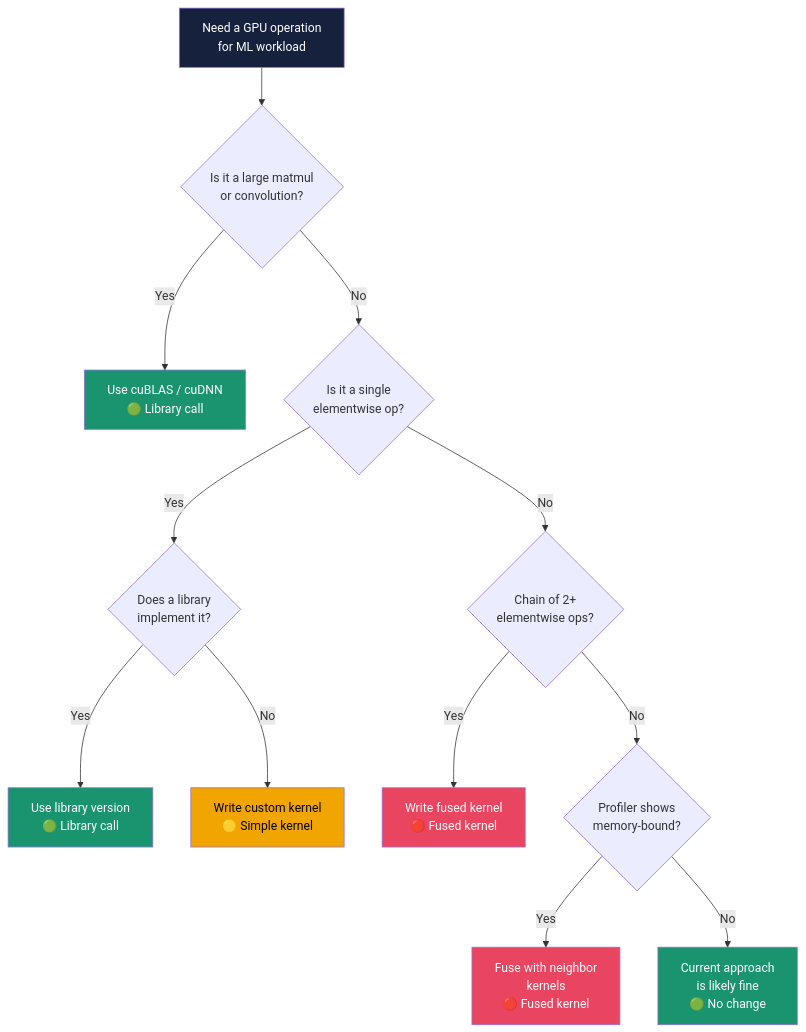
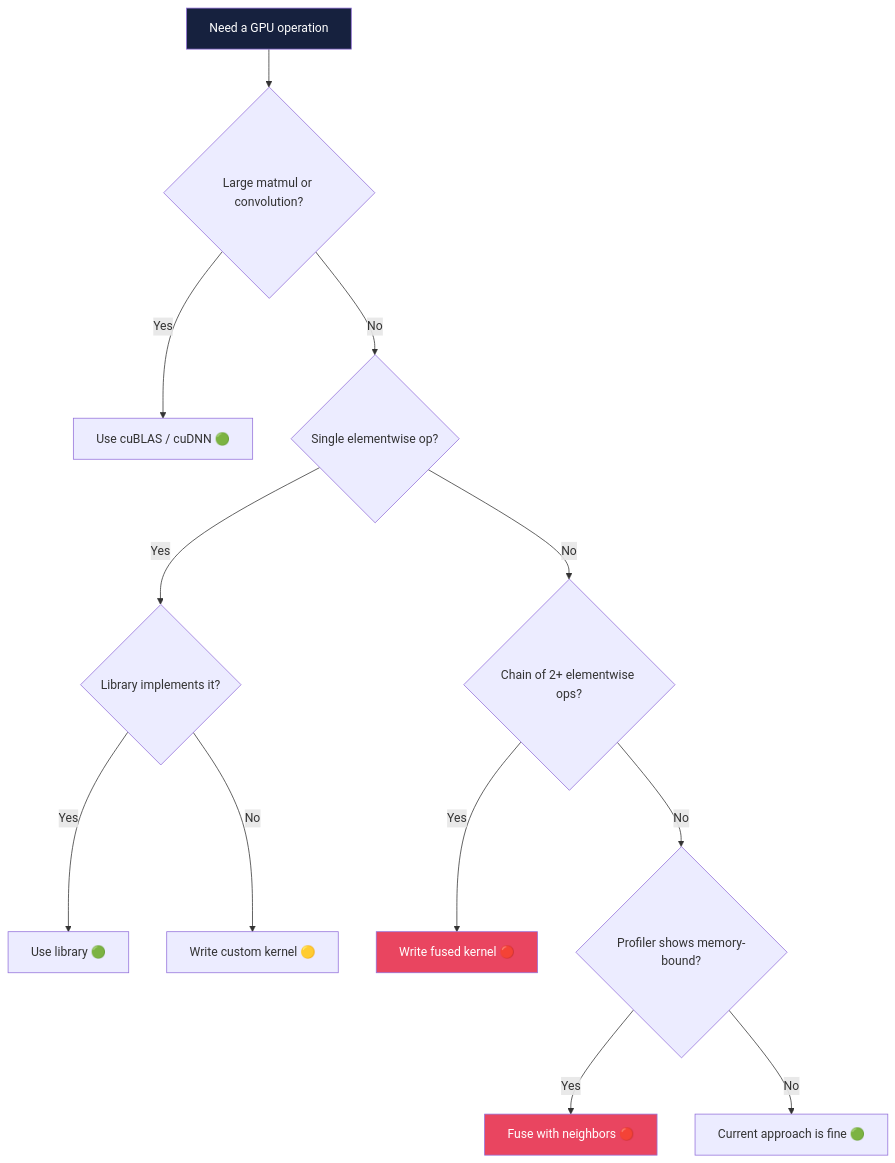
The second of 2 diagrams in Part-08-CUDA-AI-ML/66_Custom_CUDA_Kernels_ML.md (dkkh87/CPP-CUDA-Mastery), drawn with Mermaid before and after one commit. The commit also changed other lines of this file, not shown here.

First line of the commit message:
Add Chapter 66: Writing Custom CUDA Kernels for ML

````diff
--- a/Part-08-CUDA-AI-ML/66_Custom_CUDA_Kernels_ML.md
+++ b/Part-08-CUDA-AI-ML/66_Custom_CUDA_Kernels_ML.md
@@ -96,22 +80,17 @@
 ```mermaid
 flowchart TD
-    A["Need a GPU operation<br/>for ML workload"] --> B{"Is it a large matmul<br/>or convolution?"}
-    B -->|Yes| C["Use cuBLAS / cuDNN<br/>🟢 Library call"]
-    B -->|No| D{"Is it a single<br/>elementwise op?"}
-    D -->|Yes| E{"Does a library<br/>implement it?"}
-    E -->|Yes| F["Use library version<br/>🟢 Library call"]
-    E -->|No| G["Write custom kernel<br/>🟡 Simple kernel"]
-    D -->|No| H{"Chain of 2+<br/>elementwise ops?"}
-    H -->|Yes| I["Write fused kernel<br/>🔴 Fused kernel"]
-    H -->|No| J{"Profiler shows<br/>memory-bound?"}
-    J -->|Yes| K["Fuse with neighbor<br/>kernels<br/>🔴 Fused kernel"]
-    J -->|No| L["Current approach<br/>is likely fine<br/>🟢 No change"]
-
+    A["Need a GPU operation"] --> B{"Large matmul or convolution?"}
+    B -->|Yes| C["Use cuBLAS / cuDNN 🟢"]
+    B -->|No| D{"Single elementwise op?"}
+    D -->|Yes| E{"Library implements it?"}
+    E -->|Yes| F["Use library 🟢"]
+    E -->|No| G["Write custom kernel 🟡"]
+    D -->|No| H{"Chain of 2+ elementwise ops?"}
+    H -->|Yes| I["Write fused kernel 🔴"]
+    H -->|No| J{"Profiler shows memory-bound?"}
+    J -->|Yes| K["Fuse with neighbors 🔴"]
+    J -->|No| L["Current approach is fine 🟢"]
     style A fill:#16213e,color:#fff
     style I fill:#e94560,color:#fff
     style K fill:#e94560,color:#fff
-    style G fill:#f0a500,color:#000
-    style C fill:#1a936f,color:#fff
-    style F fill:#1a936f,color:#fff
-    style L fill:#1a936f,color:#fff
 ```
````
